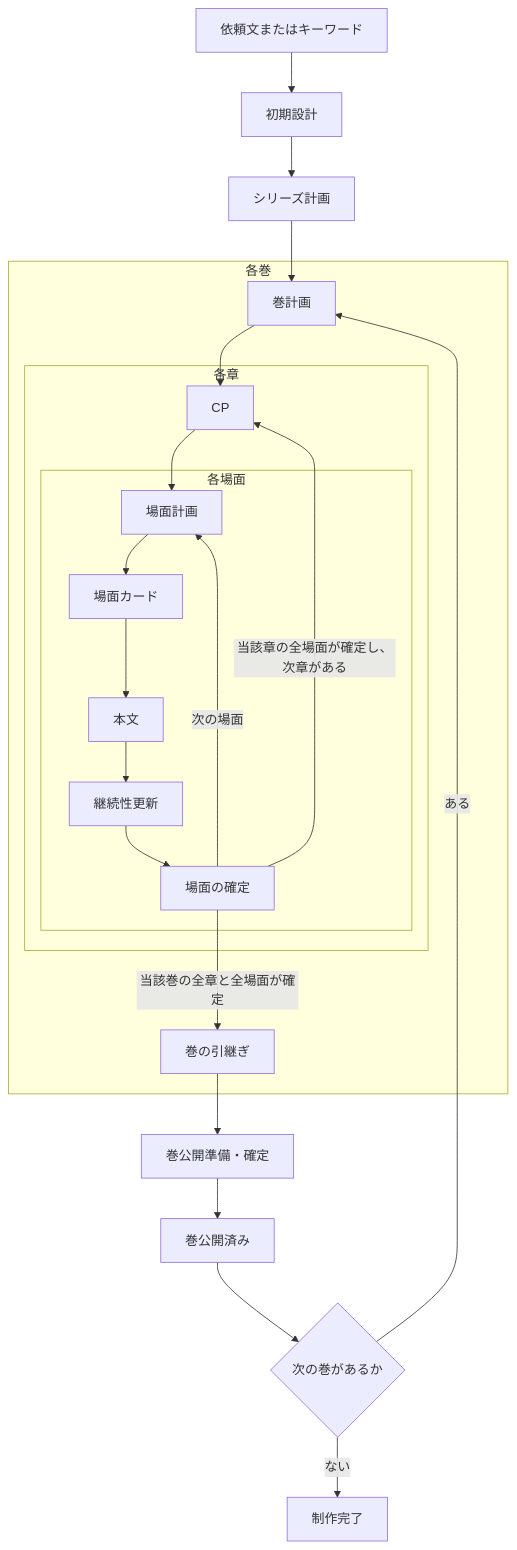
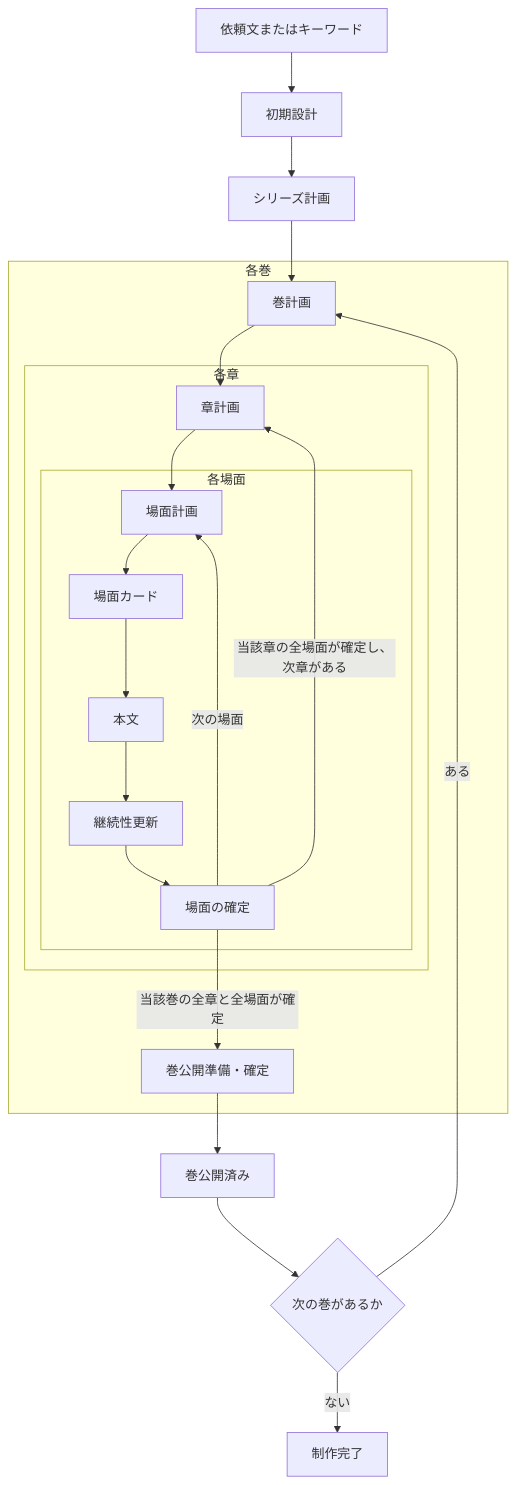
Before and after one commit to goura32/storycraft: the diagram in docs/SPECIFICATION.md, drawn with Mermaid. The commit also changed other lines of this file and 3 other files, not shown here.

````diff
--- a/docs/SPECIFICATION.md
+++ b/docs/SPECIFICATION.md
@@ -59,26 +59,25 @@
 ```mermaid
 flowchart TD
   I[依頼文またはキーワード] --> D[初期設計]
   D --> S[シリーズ計画]
   S --> VP
   subgraph V[各巻]
-    VP[巻計画] --> CP
+    VP[巻計画] --> CH[章計画]
     subgraph C[各章]
-      CP --> SP[場面計画]
+      CH --> SP[場面計画]
       subgraph P[各場面]
         SP --> K[場面カード]
         K --> W[本文]
         W --> N[継続性更新]
         N --> M[場面の確定]
         M -->|次の場面| SP
       end
-      M -->|当該章の全場面が確定し、次章がある| CP
+      M -->|当該章の全場面が確定し、次章がある| CH
     end
-    M -->|当該巻の全章と全場面が確定| H[巻の引継ぎ]
+    M -->|当該巻の全章と全場面が確定| VQ[巻公開準備・確定]
   end
-  H --> VQ[巻公開準備・確定]
   VQ --> VE[巻公開済み]
   VE --> X{次の巻があるか}
   X -->|ある| VP
   X -->|ない| E[制作完了]
 ```
````
